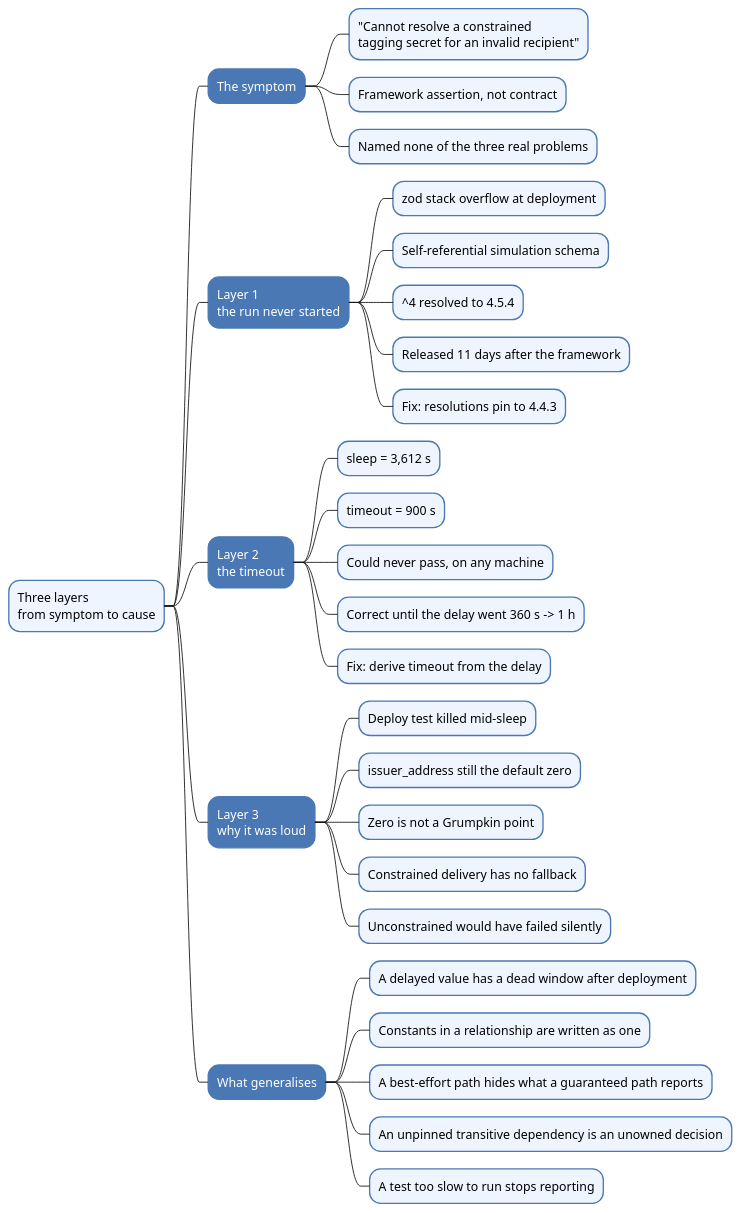
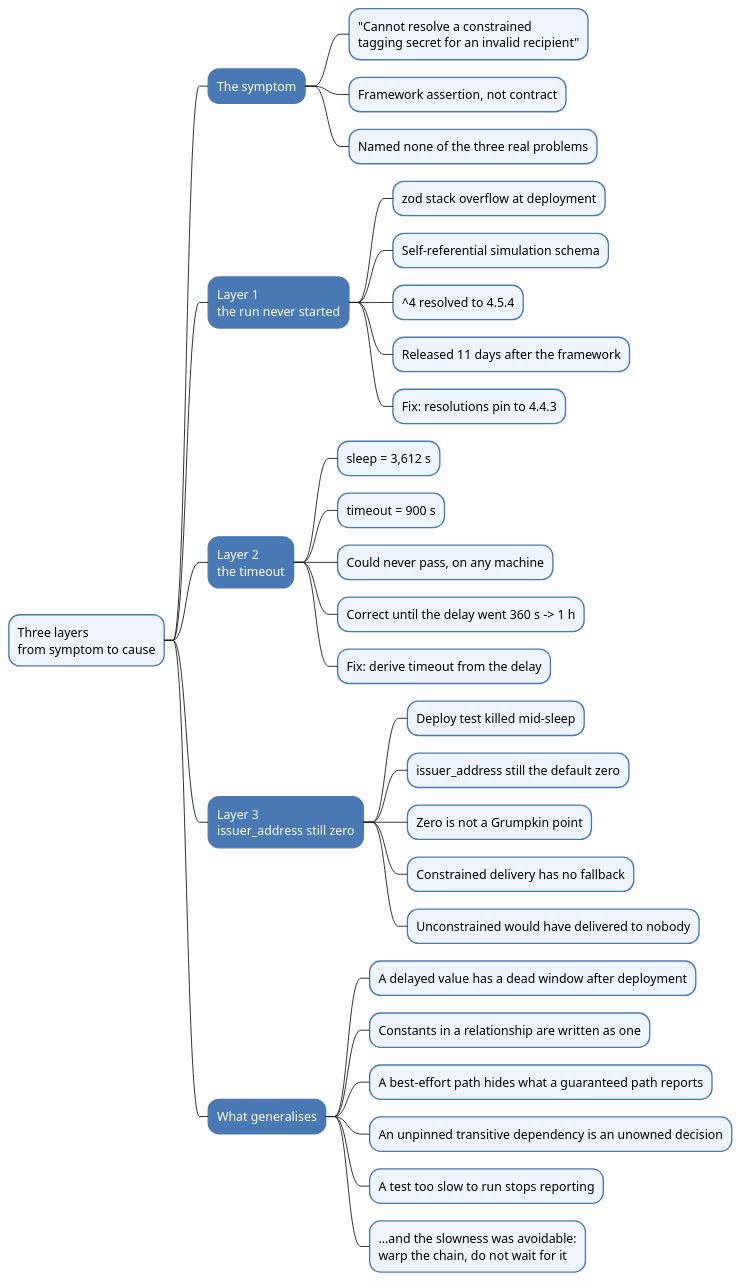
The diagram in assets/article/blockchain/aztec/2026-09-23-aztec-e2e-three-layers-mindmap.puml (rya-sge/access-denied), drawn with PlantUML before and after one commit. The commit also changed 2 other files, not shown here.

```diff
--- a/assets/article/blockchain/aztec/2026-09-23-aztec-e2e-three-layers-mindmap.puml
+++ b/assets/article/blockchain/aztec/2026-09-23-aztec-e2e-three-layers-mindmap.puml
@@ -1,43 +1,44 @@
 @startmindmap
 <style>
 mindmapDiagram {
   node {
     BackgroundColor #EEF5FF
     LineColor #4A78B5
   }
   :depth(1) {
     BackgroundColor #4A78B5
     FontColor white
   }
 }
 </style>
 * Three layers\nfrom symptom to cause
 ** The symptom
 *** "Cannot resolve a constrained\ntagging secret for an invalid recipient"
 *** Framework assertion, not contract
 *** Named none of the three real problems
 ** Layer 1\nthe run never started
 *** zod stack overflow at deployment
 *** Self-referential simulation schema
 *** ^4 resolved to 4.5.4
 *** Released 11 days after the framework
 *** Fix: resolutions pin to 4.4.3
 ** Layer 2\nthe timeout
 *** sleep = 3,612 s
 *** timeout = 900 s
 *** Could never pass, on any machine
 *** Correct until the delay went 360 s -> 1 h
 *** Fix: derive timeout from the delay
-** Layer 3\nwhy it was loud
+** Layer 3\nissuer_address still zero
 *** Deploy test killed mid-sleep
 *** issuer_address still the default zero
 *** Zero is not a Grumpkin point
 *** Constrained delivery has no fallback
-*** Unconstrained would have failed silently
+*** Unconstrained would have delivered to nobody
 ** What generalises
 *** A delayed value has a dead window after deployment
 *** Constants in a relationship are written as one
 *** A best-effort path hides what a guaranteed path reports
 *** An unpinned transitive dependency is an unowned decision
 *** A test too slow to run stops reporting
+*** ...and the slowness was avoidable:\nwarp the chain, do not wait for it
 @endmindmap
```
